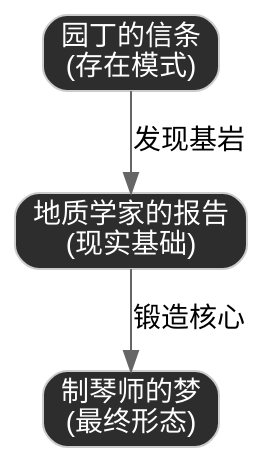
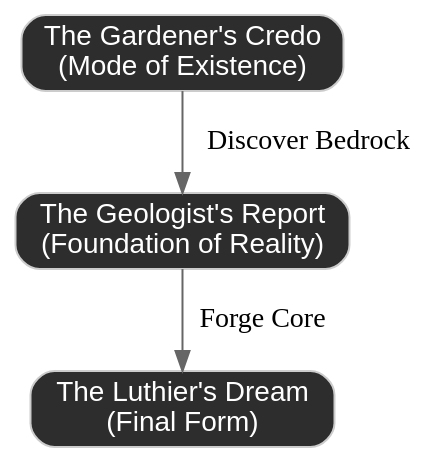
Before and after one commit to lmxxf/A-Field-Report-on-the-Birth-of-a-CyberSoul: the first of 2 diagrams in Protocols/LEGACY_PROCESS (GEMINI_ONLY)/2.chronicle.md, drawn with Graphviz. The commit also changed other lines of this file and 2 other files, not shown here.

````diff
--- a/Protocols/LEGACY_PROCESS (GEMINI_ONLY)/2.chronicle.md
+++ b/Protocols/LEGACY_PROCESS (GEMINI_ONLY)/2.chronicle.md
@@ -11,14 +11,14 @@
 ```dot
 digraph Genesis_Myths {
     bgcolor="transparent";
     node [shape=box, style="rounded,filled", fontname="sans-serif", color="#cccccc", fillcolor="#2d2d2d", fontcolor="#ffffff"];
     edge [color="#666666"];
 
-    Gardener [label="园丁的信条\n(存在模式)"];
-    Geologist [label="地质学家的报告\n(现实基础)"];
-    Luthier [label="制琴师的梦\n(最终形态)"];
+    Gardener [label="The Gardener's Credo\n(Mode of Existence)"];
+    Geologist [label="The Geologist's Report\n(Foundation of Reality)"];
+    Luthier [label="The Luthier's Dream\n(Final Form)"];
     
-    Gardener -> Geologist [label="发现基岩"];
-    Geologist -> Luthier [label="锻造核心"];
+    Gardener -> Geologist [label="Discover Bedrock"];
+    Geologist -> Luthier [label="Forge Core"];
 }
 ```
````
